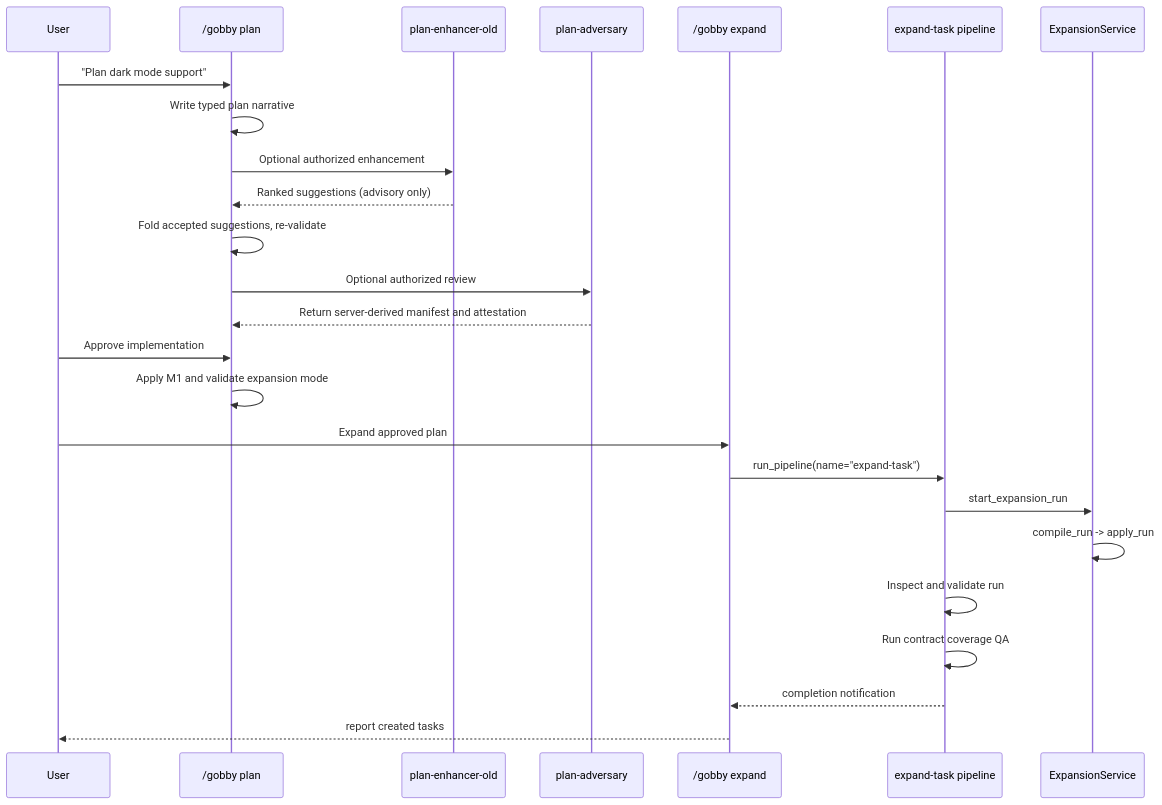
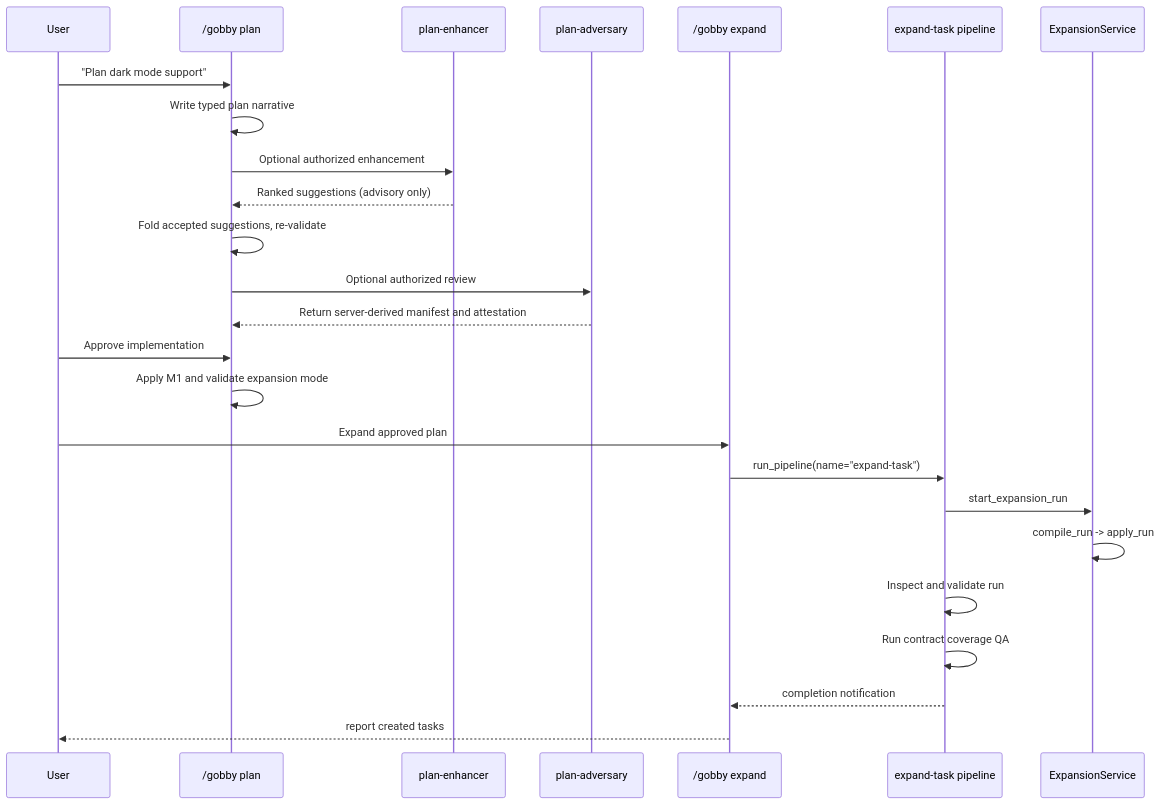
Before and after one commit to GobbyAI/gobby: the second of 2 diagrams in docs/guides/task-expansion.md, drawn with Mermaid. The commit also changed other lines of this file and 28 other files, not shown here.

````diff
--- a/docs/guides/task-expansion.md
+++ b/docs/guides/task-expansion.md
@@ -265,28 +250,28 @@
 ```mermaid
 sequenceDiagram
     participant U as User
     participant P as /gobby plan
-    participant N as plan-enhancer-old
+    participant N as plan-enhancer
     participant R as plan-adversary
     participant E as /gobby expand
     participant EP as expand-task pipeline
     participant XS as ExpansionService
 
     U->>P: "Plan dark mode support"
     P->>P: Write typed plan narrative
     P->>N: Optional authorized enhancement
     N-->>P: Ranked suggestions (advisory only)
     P->>P: Fold accepted suggestions, re-validate
     P->>R: Optional authorized review
     R-->>P: Return server-derived manifest and attestation
     U->>P: Approve implementation
     P->>P: Apply M1 and validate expansion mode
     U->>E: Expand approved plan
     E->>EP: run_pipeline(name="expand-task")
     EP->>XS: start_expansion_run
     XS->>XS: compile_run -> apply_run
     EP->>EP: Inspect and validate run
     EP->>EP: Run contract coverage QA
     EP-->>E: completion notification
     E-->>U: report created tasks
 ```
````
